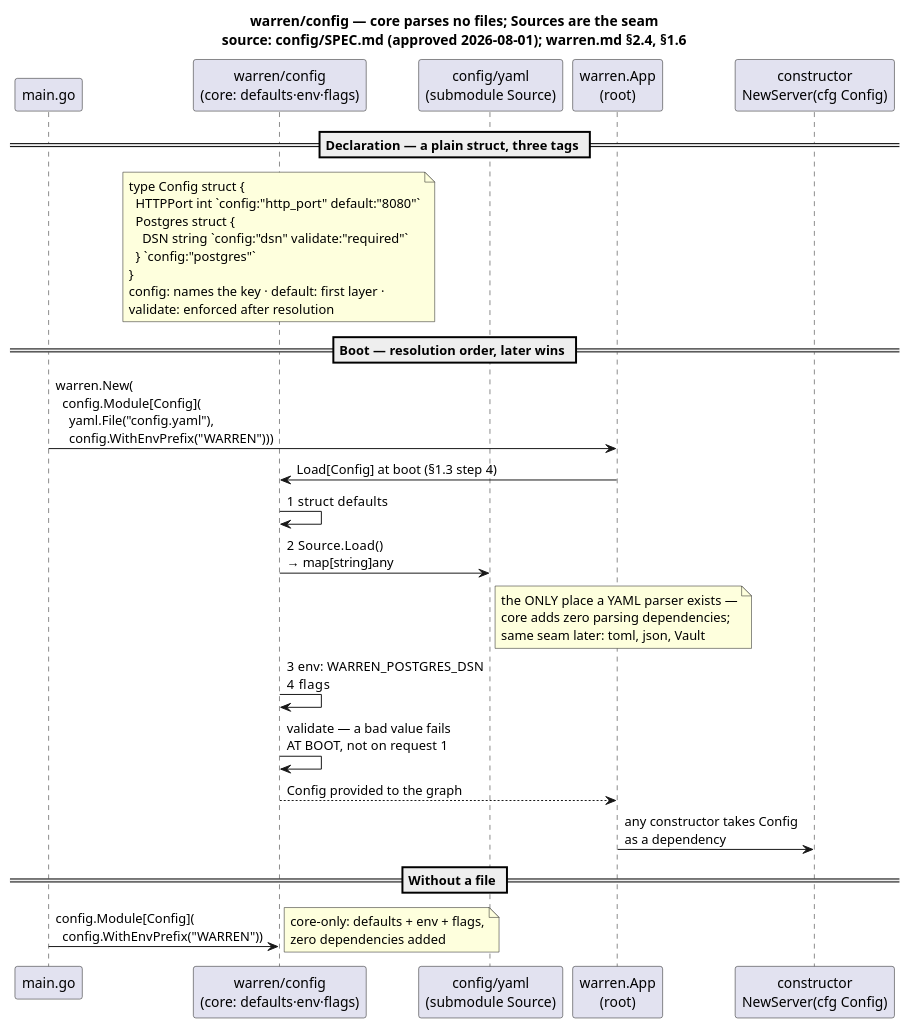
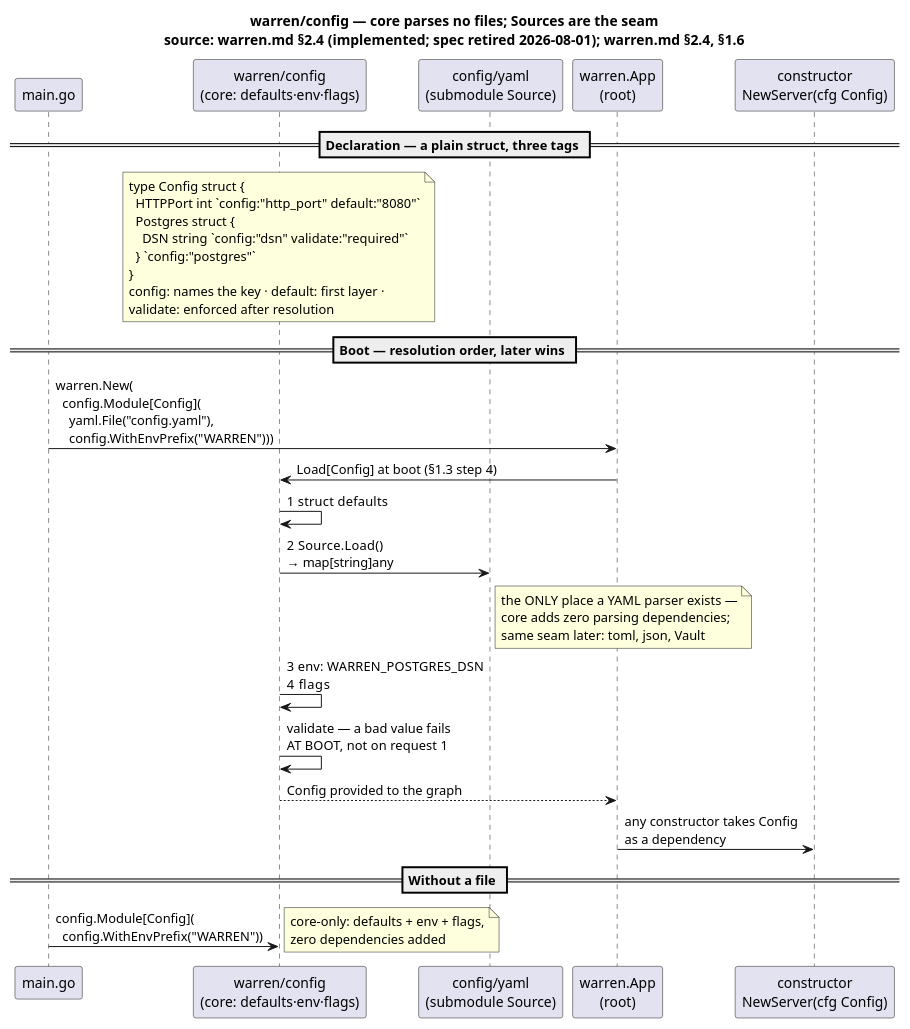
One commit to MerseniBilel/warren changed the diagram in docs/assets/config-usage.puml. Above: the diagram before and after it, drawn with PlantUML. The commit also changed 29 other files, not shown here.

```diff
--- a/docs/assets/config-usage.puml
+++ b/docs/assets/config-usage.puml
@@ -1,27 +1,27 @@
 @startuml config-usage
-title warren/config — core parses no files; Sources are the seam\nsource: config/SPEC.md (approved 2026-08-01); warren.md §2.4, §1.6
+title warren/config — core parses no files; Sources are the seam\nsource: warren.md §2.4 (implemented; spec retired 2026-08-01); warren.md §2.4, §1.6
 
 participant "main.go" as main
 participant "warren/config\n(core: defaults·env·flags)" as config
 participant "config/yaml\n(submodule Source)" as yaml
 participant "warren.App\n(root)" as app
 participant "constructor\nNewServer(cfg Config)" as ctor
 
 == Declaration — a plain struct, three tags ==
 note over config : type Config struct {\n  HTTPPort int `config:"http_port" default:"8080"`\n  Postgres struct {\n    DSN string `config:"dsn" validate:"required"`\n  } `config:"postgres"`\n}\nconfig: names the key · default: first layer ·\nvalidate: enforced after resolution
 
 == Boot — resolution order, later wins ==
 main -> app : warren.New(\n  config.Module[Config](\n    yaml.File("config.yaml"),\n    config.WithEnvPrefix("WARREN")))
 app -> config : Load[Config] at boot (§1.3 step 4)
 config -> config : 1  struct defaults
 config -> yaml : 2  Source.Load()\n→ map[string]any
 note right of yaml : the ONLY place a YAML parser exists —\ncore adds zero parsing dependencies;\nsame seam later: toml, json, Vault
 config -> config : 3  env: WARREN_POSTGRES_DSN\n4  flags
 config -> config : validate — a bad value fails\nAT BOOT, not on request 1
 config --> app : Config provided to the graph
 app -> ctor : any constructor takes Config\nas a dependency
 
 == Without a file ==
 main -> config : config.Module[Config](\n  config.WithEnvPrefix("WARREN"))
 note right : core-only: defaults + env + flags,\nzero dependencies added
 @enduml
```
